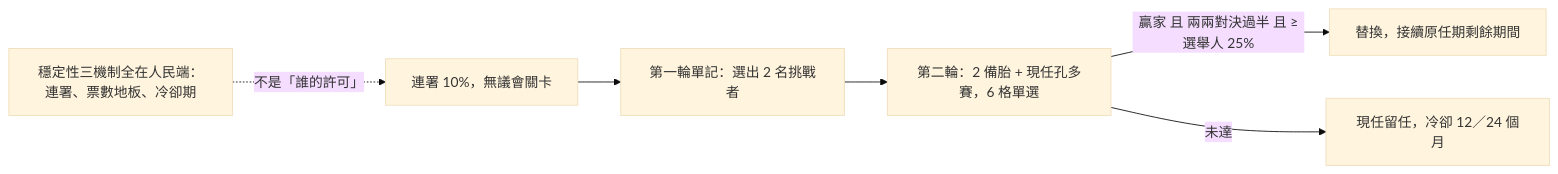
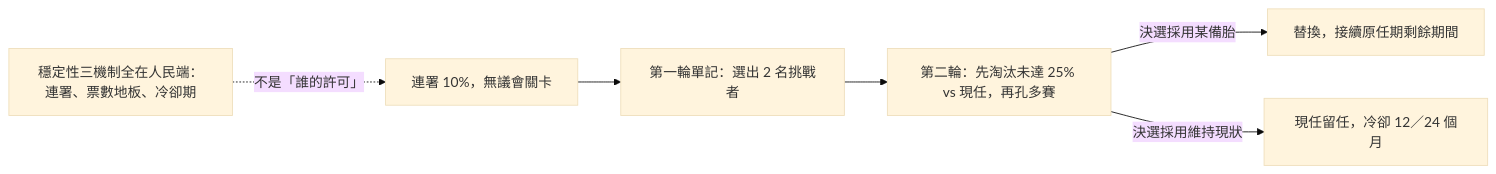
The tenth of 10 diagrams in topics/regime-designs/designs/台灣/一院總統制/憲政架構圖.md (IRonROOT578/Political-Economy-Research-Public), drawn with Mermaid (base theme) before and after one commit. The commit also changed 106 other files, not shown here.

````diff
--- a/topics/regime-designs/designs/台灣/一院總統制/憲政架構圖.md
+++ b/topics/regime-designs/designs/台灣/一院總統制/憲政架構圖.md
@@ -144,9 +144,9 @@
 ```mermaid
 flowchart LR
   Sign[連署 10%，無議會關卡] --> R1[第一輪單記：選出 2 名挑戰者]
-  R1 --> R2[第二輪：2 備胎 + 現任孔多賽，6 格單選]
-  R2 -->|贏家 且 兩兩對決過半 且 ≥選舉人 25%| Change[替換，接續原任期剩餘期間]
-  R2 -->|未達| Stay[現任留任，冷卻 12／24 個月]
+  R1 --> R2[第二輪：先淘汰未達 25% vs 現任，再孔多賽]
+  R2 -->|決選採用某備胎| Change[替換，接續原任期剩餘期間]
+  R2 -->|決選採用維持現狀| Stay[現任留任，冷卻 12／24 個月]
   Stable[穩定性三機制全在人民端：連署、票數地板、冷卻期]
   Stable -.->|不是「誰的許可」| Sign
 ```
````
